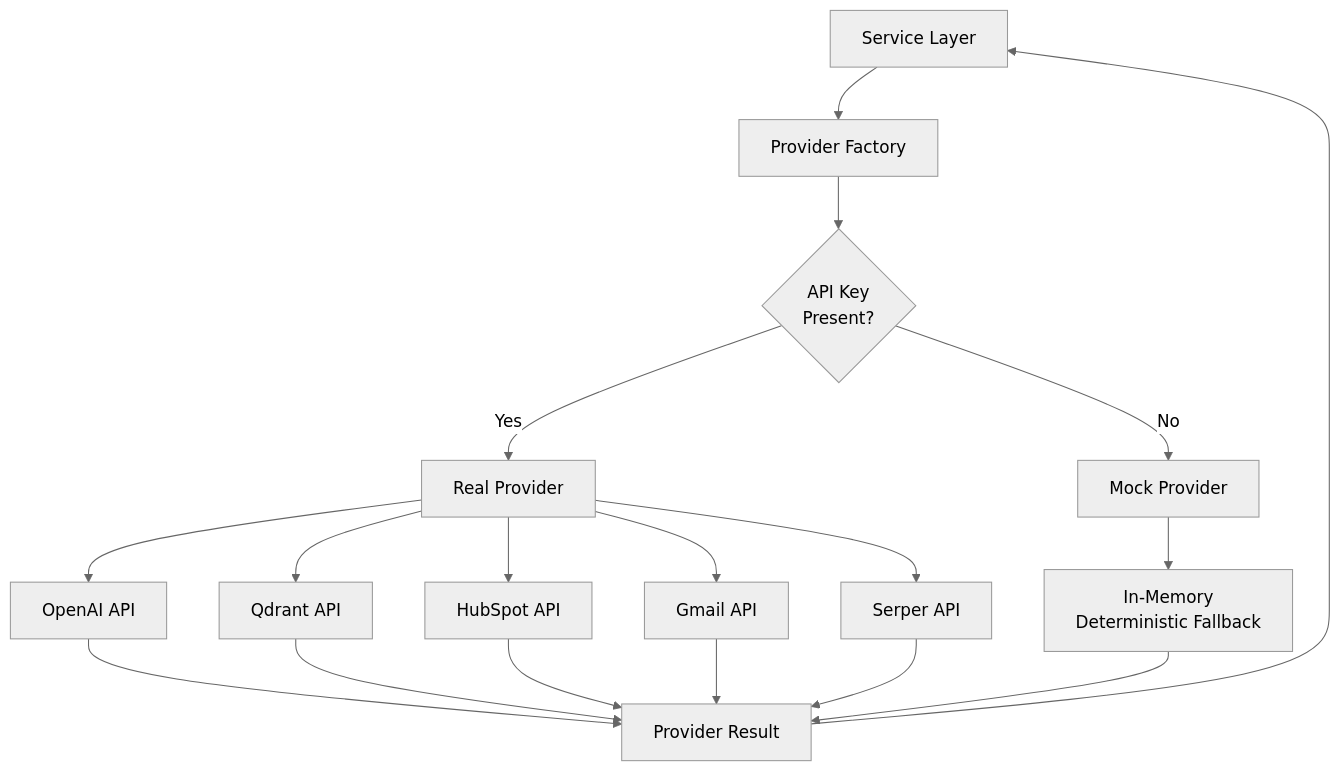
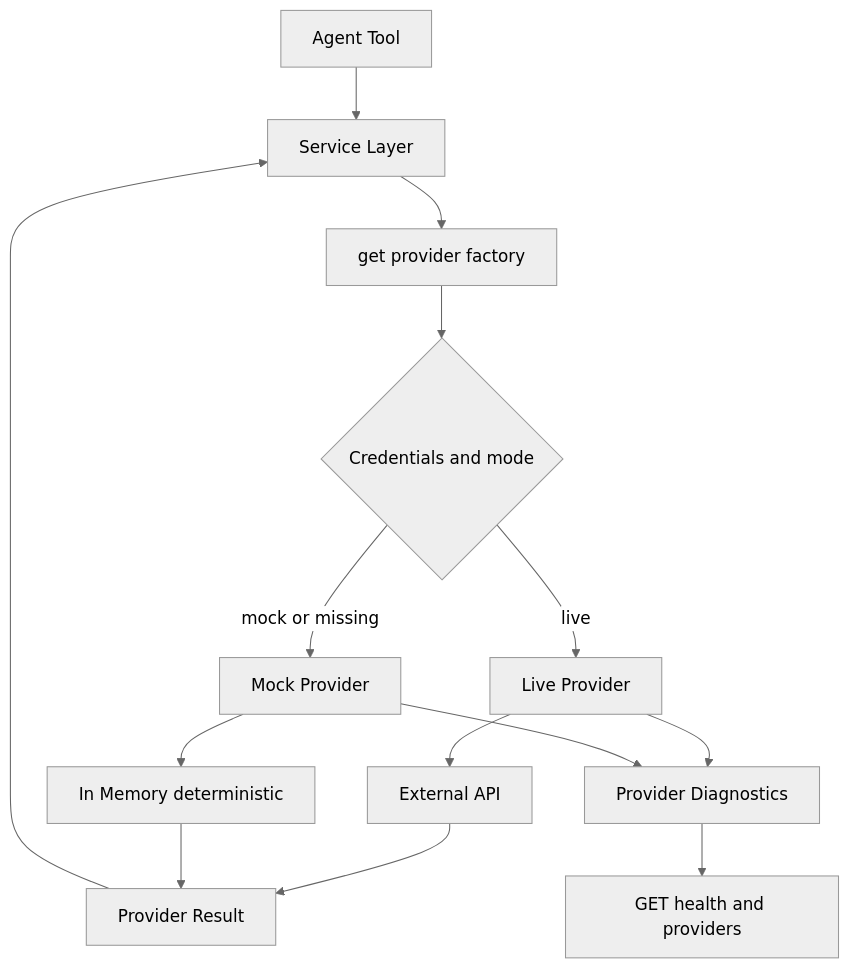
The third of 7 diagrams in docs/architecture.md (Fejjii/OnePilot-AI), drawn with Mermaid (neutral theme) before and after one commit. The commit also changed other lines of this file and 100 other files, not shown here.

````diff
--- a/docs/architecture.md
+++ b/docs/architecture.md
@@ -133,25 +111,20 @@
 ```mermaid
 flowchart TB
-    Service["Service Layer"] --> ProviderFactory["Provider Factory"]
-    ProviderFactory --> EnvCheck{"API Key<br/>Present?"}
-    
-    EnvCheck -->|Yes| RealProvider["Real Provider"]
-    EnvCheck -->|No| MockProvider["Mock Provider"]
-    
-    RealProvider --> OpenAI["OpenAI API"]
-    RealProvider --> Qdrant["Qdrant API"]
-    RealProvider --> HubSpot["HubSpot API"]
-    RealProvider --> Gmail["Gmail API"]
-    RealProvider --> Serper["Serper API"]
-    
-    MockProvider --> InMemory["In-Memory<br/>Deterministic Fallback"]
-    
-    OpenAI --> Result["Provider Result"]
-    Qdrant --> Result
-    HubSpot --> Result
-    Gmail --> Result
-    Serper --> Result
+    Tool[Agent Tool] --> Service[Service Layer]
+    Service --> Factory[get provider factory]
+    Factory --> ModeCheck{Credentials and mode}
+
+    ModeCheck -->|live| LiveProvider[Live Provider]
+    ModeCheck -->|mock or missing| MockProvider[Mock Provider]
+
+    LiveProvider --> ExternalAPI[External API]
+    MockProvider --> InMemory[In Memory deterministic]
+
+    LiveProvider --> Diagnostics[Provider Diagnostics]
+    MockProvider --> Diagnostics
+
+    Diagnostics --> HealthEndpoint[GET health and providers]
+    ExternalAPI --> Result[Provider Result]
     InMemory --> Result
-    
     Result --> Service
 ```
````
